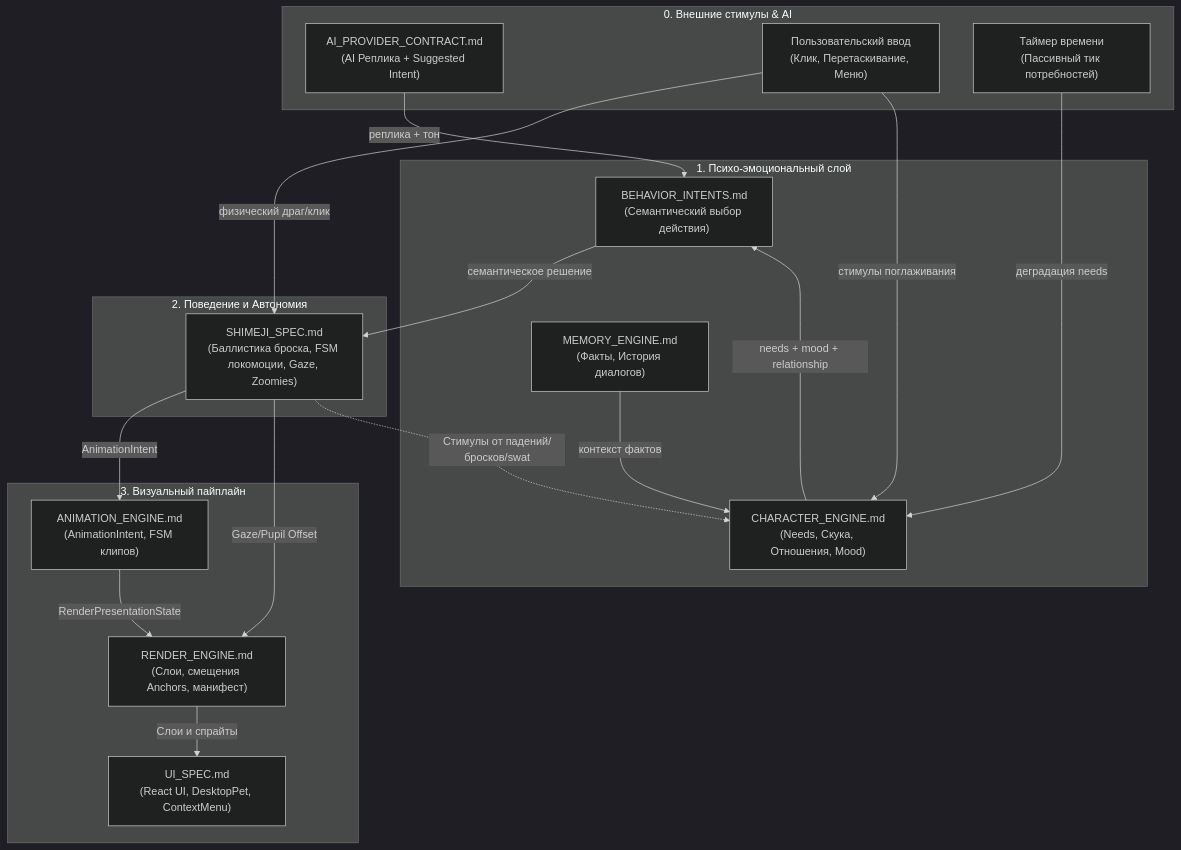
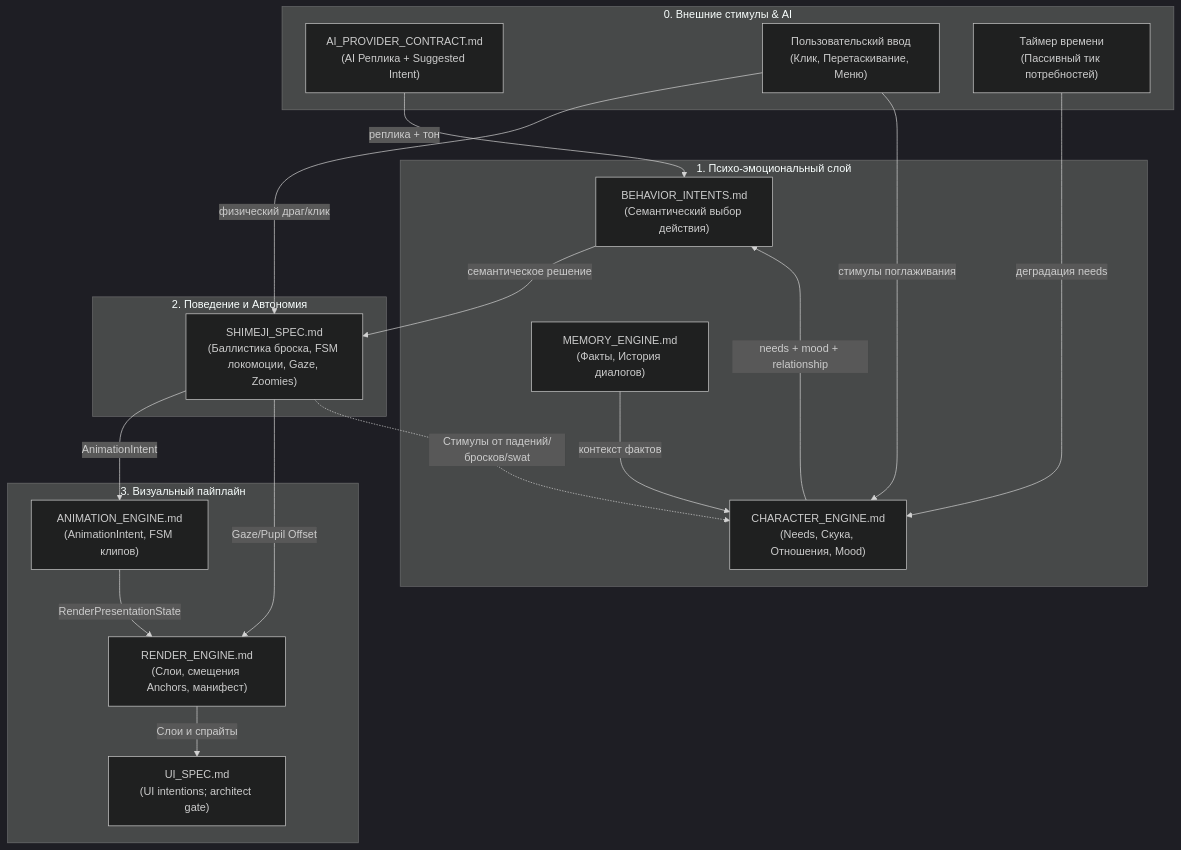
One commit to zyzycode/project_wisp changed the diagram in docs/engine/README.md. Above: the diagram before and after it, drawn with Mermaid (dark theme). The commit also changed other lines of this file and 1 other file, not shown here.

Commit message:
docs: reduce UI spec to architect intent brief

````diff
--- a/docs/engine/README.md
+++ b/docs/engine/README.md
@@ -25,44 +27,44 @@
 ```mermaid
 flowchart TD
     subgraph External["0. Внешние стимулы & AI"]
         AI["AI_PROVIDER_CONTRACT.md\n(AI Реплика + Suggested Intent)"]
         UserEvents["Пользовательский ввод\n(Клик, Перетаскивание, Меню)"]
         Tick["Таймер времени\n(Пассивный тик потребностей)"]
     end
 
     subgraph Mind["1. Психо-эмоциональный слой"]
         CE["CHARACTER_ENGINE.md\n(Needs, Скука, Отношения, Mood)"]
         Mem["MEMORY_ENGINE.md\n(Факты, История диалогов)"]
         BI["BEHAVIOR_INTENTS.md\n(Семантический выбор действия)"]
     end
 
     subgraph Motion["2. Поведение и Автономия"]
         Shimeji["SHIMEJI_SPEC.md\n(Баллистика броска, FSM локомоции, Gaze, Zoomies)"]
     end
 
     subgraph Visual["3. Визуальный пайплайн"]
         AE["ANIMATION_ENGINE.md\n(AnimationIntent, FSM клипов)"]
         RE["RENDER_ENGINE.md\n(Слои, смещения Anchors, манифест)"]
-        UI["UI_SPEC.md\n(React UI, DesktopPet, ContextMenu)"]
+        UI["UI_SPEC.md\n(UI intentions; architect gate)"]
     end
 
     %% Потоки стимулов
     Tick -->|деградация needs| CE
     AI -->|реплика + тон| BI
     UserEvents -->|физический драг/клик| Shimeji
     UserEvents -->|стимулы поглаживания| CE
 
     %% Психология -> Выбор поведения
     CE -->|needs + mood + relationship| BI
     Mem -->|контекст фактов| CE
     BI -->|семантическое решение| Shimeji
 
     %% Shimeji -> Визуализация
     Shimeji -->|AnimationIntent| AE
     Shimeji -->|Gaze/Pupil Offset| RE
     AE -->|RenderPresentationState| RE
     RE -->|Слои и спрайты| UI
 
     %% Обратная связь физики в психологию
     Shimeji -.->|Стимулы от падений/бросков/swat| CE
 ```
````
